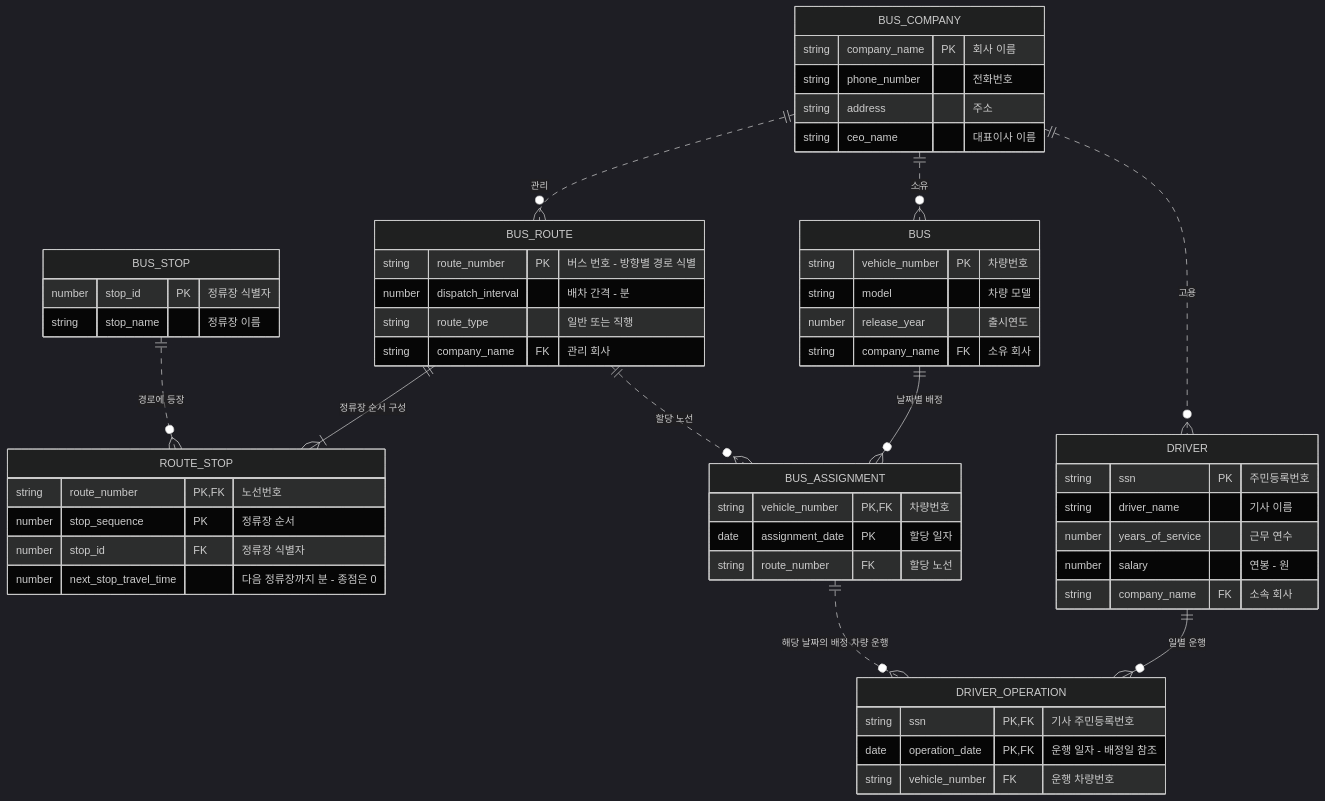
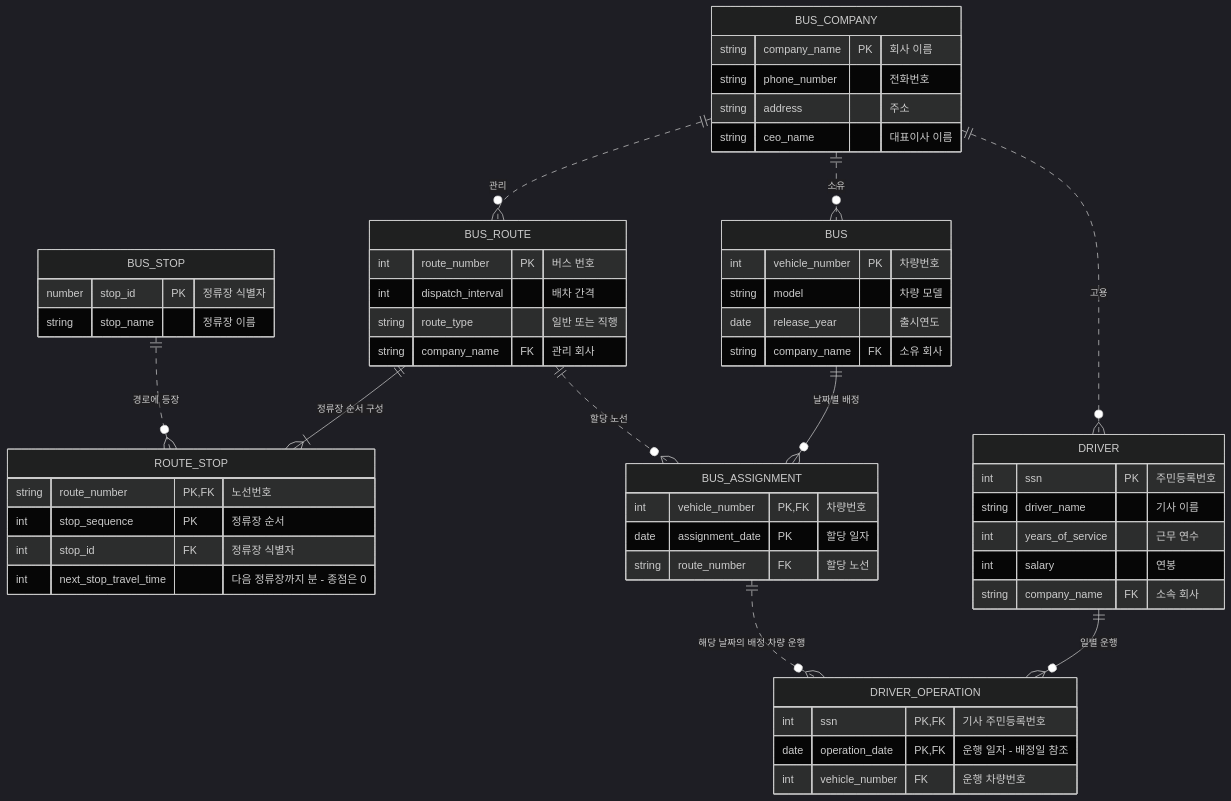
The second of 2 diagrams in er.md (Jung-wonwoo/database), drawn with Mermaid (dark theme) before and after one commit. The commit also changed other lines of this file, not shown here.

````diff
--- a/er.md
+++ b/er.md
@@ -79,57 +79,57 @@
 ```mermaid
 erDiagram
     BUS_COMPANY {
         string company_name PK "회사 이름"
         string phone_number "전화번호"
         string address "주소"
         string ceo_name "대표이사 이름"
     }
     BUS_ROUTE {
-        string route_number PK "버스 번호 - 방향별 경로 식별"
-        number dispatch_interval "배차 간격 - 분"
+        int route_number PK "버스 번호"
+        int dispatch_interval "배차 간격"
         string route_type "일반 또는 직행"
         string company_name FK "관리 회사"
     }
     BUS_STOP {
         number stop_id PK "정류장 식별자"
         string stop_name "정류장 이름"
     }
     ROUTE_STOP {
         string route_number PK, FK "노선번호"
-        number stop_sequence PK "정류장 순서"
-        number stop_id FK "정류장 식별자"
-        number next_stop_travel_time "다음 정류장까지 분 - 종점은 0"
+        int stop_sequence PK "정류장 순서"
+        int stop_id FK "정류장 식별자"
+        int next_stop_travel_time "다음 정류장까지 분 - 종점은 0"
     }
     BUS {
-        string vehicle_number PK "차량번호"
+        int vehicle_number PK "차량번호"
         string model "차량 모델"
-        number release_year "출시연도"
+        date release_year "출시연도"
         string company_name FK "소유 회사"
     }
     BUS_ASSIGNMENT {
-        string vehicle_number PK, FK "차량번호"
+        int vehicle_number PK, FK "차량번호"
         date assignment_date PK "할당 일자"
         string route_number FK "할당 노선"
     }
     DRIVER {
-        string ssn PK "주민등록번호"
+        int ssn PK "주민등록번호"
         string driver_name "기사 이름"
-        number years_of_service "근무 연수"
-        number salary "연봉 - 원"
+        int years_of_service "근무 연수"
+        int salary "연봉"
         string company_name FK "소속 회사"
     }
     DRIVER_OPERATION {
-        string ssn PK, FK "기사 주민등록번호"
+        int ssn PK, FK "기사 주민등록번호"
         date operation_date PK, FK "운행 일자 - 배정일 참조"
-        string vehicle_number FK "운행 차량번호"
+        int vehicle_number FK "운행 차량번호"
     }
     BUS_COMPANY ||..o{ BUS_ROUTE : "관리"
     BUS_COMPANY ||..o{ BUS : "소유"
     BUS_COMPANY ||..o{ DRIVER : "고용"
     BUS_ROUTE ||--|{ ROUTE_STOP : "정류장 순서 구성"
     BUS_STOP ||..o{ ROUTE_STOP : "경로에 등장"
     BUS ||--o{ BUS_ASSIGNMENT : "날짜별 배정"
     BUS_ROUTE ||..o{ BUS_ASSIGNMENT : "할당 노선"
     DRIVER ||--o{ DRIVER_OPERATION : "일별 운행"
     BUS_ASSIGNMENT ||..o{ DRIVER_OPERATION : "해당 날짜의 배정 차량 운행"
 ```
````
